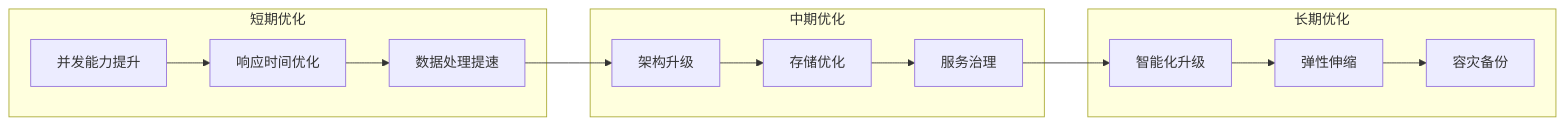
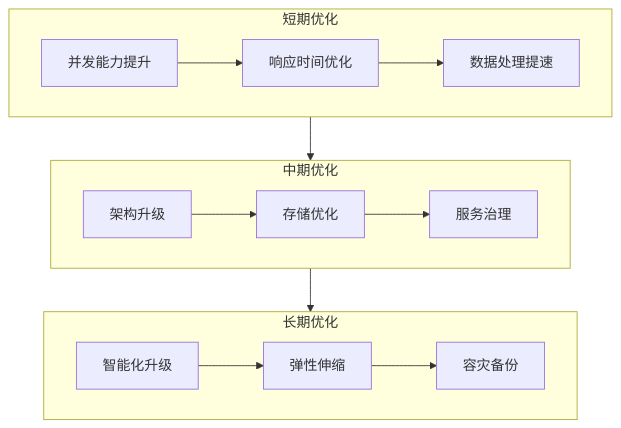
Before and after one commit to ericapaeus/awesome-requirements: the fourth of 4 diagrams in docs/overview/current-system.md, drawn with Mermaid. The commit also changed other lines of this file and 88 other files, not shown here.

````diff
--- a/docs/overview/current-system.md
+++ b/docs/overview/current-system.md
@@ -157,20 +162,20 @@
 ```mermaid
-graph LR
-    subgraph 短期优化
+graph TB
+    subgraph G1 [短期优化]
     A1[并发能力提升] --> A2[响应时间优化]
     A2 --> A3[数据处理提速]
     end
 
-    subgraph 中期优化
+    subgraph G2 [中期优化]
     B1[架构升级] --> B2[存储优化]
     B2 --> B3[服务治理]
     end
 
-    subgraph 长期优化
+    subgraph G3 [长期优化]
     C1[智能化升级] --> C2[弹性伸缩]
     C2 --> C3[容灾备份]
     end
 
-    A3 --> B1
-    B3 --> C1
+    G1 --> G2
+    G2 --> G3
 ```
````
